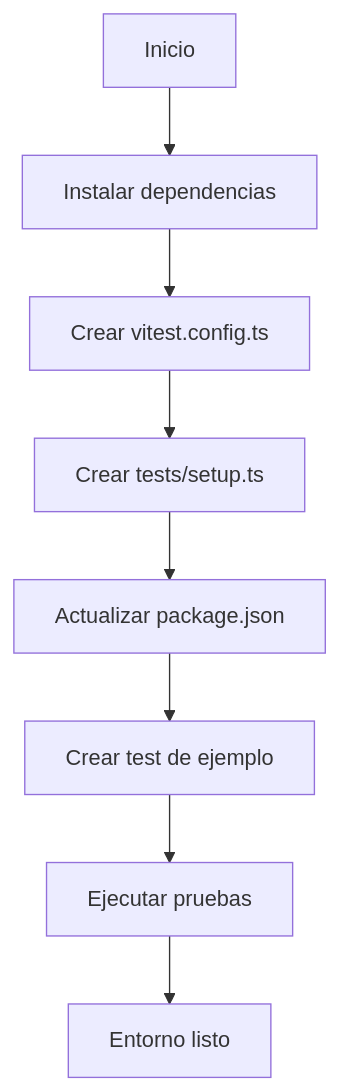
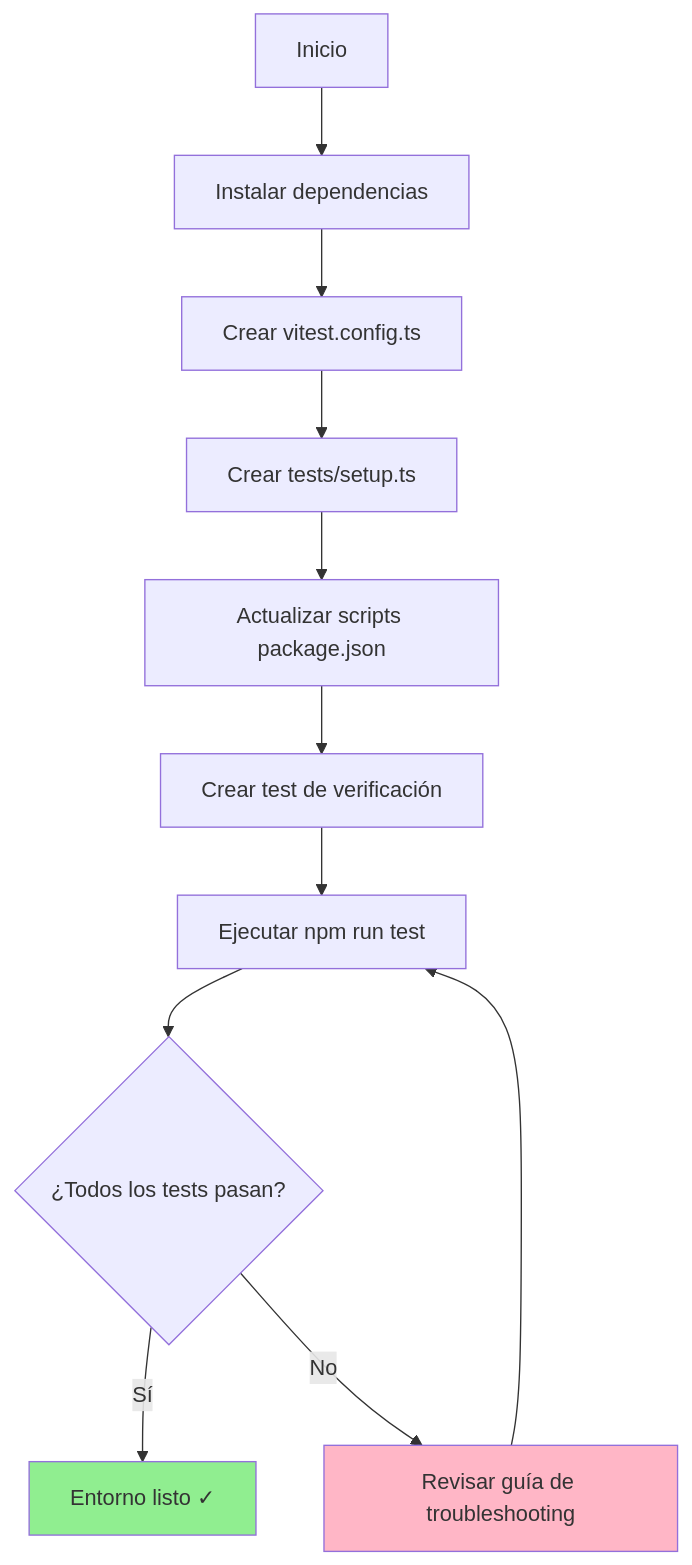
Before and after one commit to RadikeCosa/blog-astro: the first of 2 diagrams in src/content/posts/side-project-nutritional-tracker-2.md, drawn with Mermaid. The commit also changed other lines of this file and 1 other file, not shown here.

````diff
--- a/src/content/posts/side-project-nutritional-tracker-2.md
+++ b/src/content/posts/side-project-nutritional-tracker-2.md
@@ -236,10 +336,16 @@
 ```mermaid
 graph TD
     A[Inicio] --> B[Instalar dependencias]
     B --> C[Crear vitest.config.ts]
     C --> D[Crear tests/setup.ts]
-    D --> E[Actualizar package.json]
-    E --> F[Crear test de ejemplo]
-    F --> G[Ejecutar pruebas]
-    G --> H[Entorno listo]
+    D --> E[Actualizar scripts package.json]
+    E --> F[Crear test de verificación]
+    F --> G[Ejecutar npm run test]
+    G --> H{¿Todos los tests pasan?}
+    H -->|Sí| I[Entorno listo ✓]
+    H -->|No| J[Revisar guía de troubleshooting]
+    J --> G
+
+    style I fill:#90EE90
+    style J fill:#FFB6C6
 ```
````
